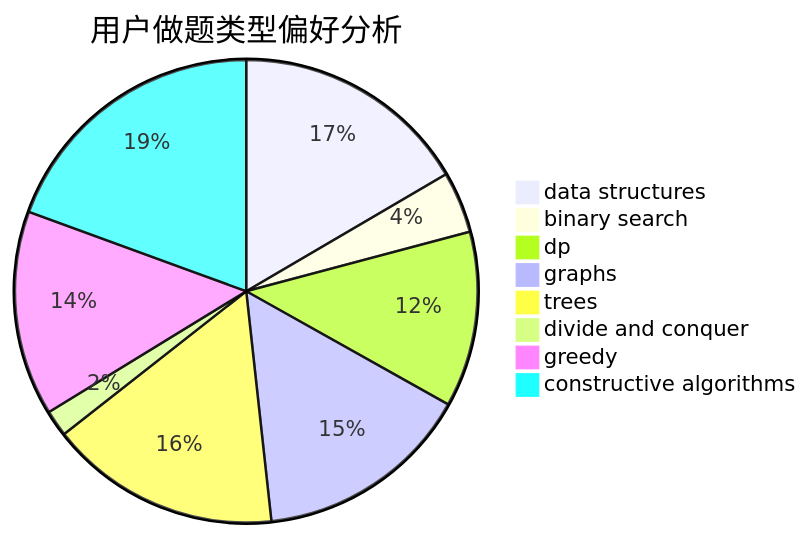
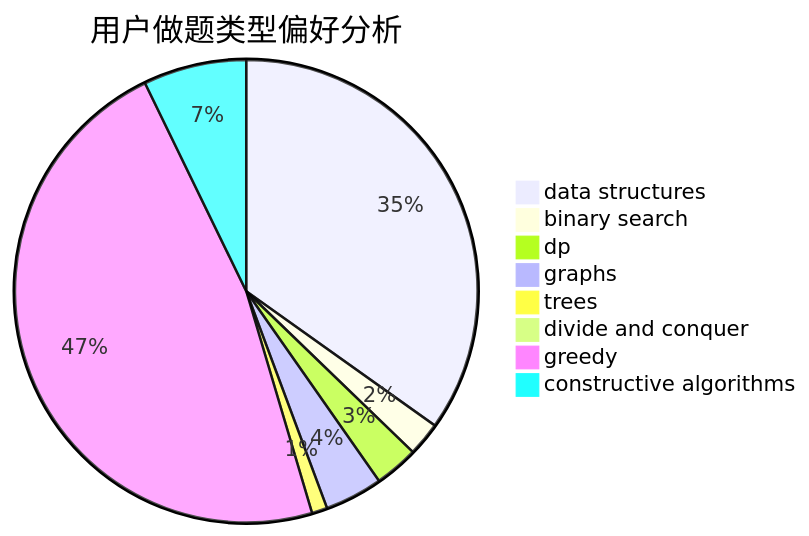
Before and after one commit to sherpahu/cfrs.github.io: the second of 3 diagrams in docs/user/u1551.md, drawn with Mermaid. The commit also changed other lines of this file and 2770 other files, not shown here.

````diff
--- a/docs/user/u1551.md
+++ b/docs/user/u1551.md
@@ -23,11 +23,11 @@
 ```mermaid
 pie title 用户做题类型偏好分析
-    "data structures" :  81
-    "binary search" :  21
-    "dp" :  60
-    "graphs" :  74
-    "trees" :  79
-    "divide and conquer" :  9
-    "greedy" :  70
-    "constructive algorithms" :  95
+    "data structures" :  353
+    "binary search" :  24
+    "dp" :  31
+    "graphs" :  41
+    "trees" :  11
+    "divide and conquer" :  0
+    "greedy" :  480
+    "constructive algorithms" :  73
 ```
````
